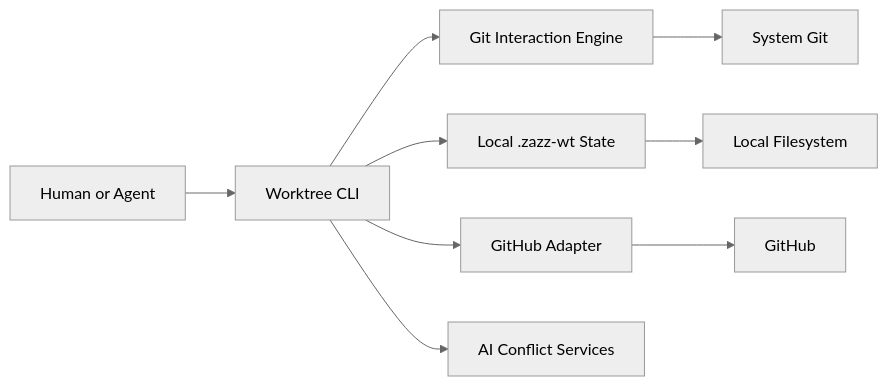
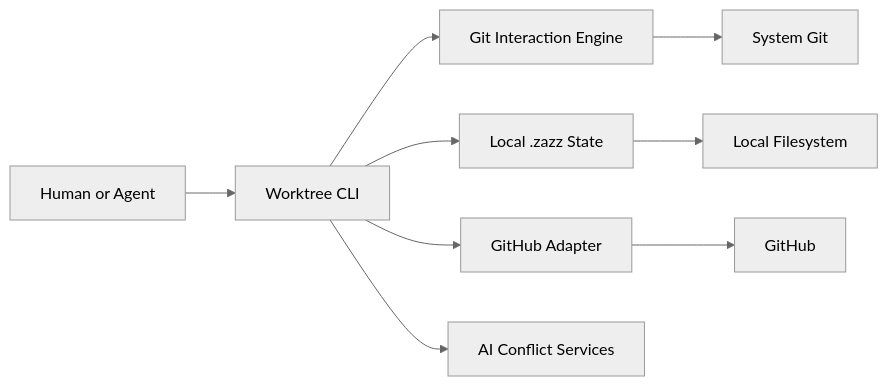
One commit to zazzcode/zazz changed the first of 4 diagrams in docs/features/worktree-orchestration-cli.md. Above: the diagram before and after it, drawn with Mermaid (neutral theme). The commit also changed other lines of this file and 1 other file, not shown here.

Commit message:
Refine proposal and CLI feature document

````diff
--- a/docs/features/worktree-orchestration-cli.md
+++ b/docs/features/worktree-orchestration-cli.md
@@ -63,11 +63,11 @@
 ```mermaid
 flowchart LR
     U["Human or Agent"] --> CLI["Worktree CLI"]
     CLI --> GE["Git Interaction Engine"]
-    CLI --> DAG["Local .zazz-wt State"]
+    CLI --> DAG["Local .zazz State"]
     CLI --> GH["GitHub Adapter"]
     CLI --> AI["AI Conflict Services"]
     GE --> GIT["System Git"]
     DAG --> FS["Local Filesystem"]
     GH --> REMOTE["GitHub"]
 ```
````
